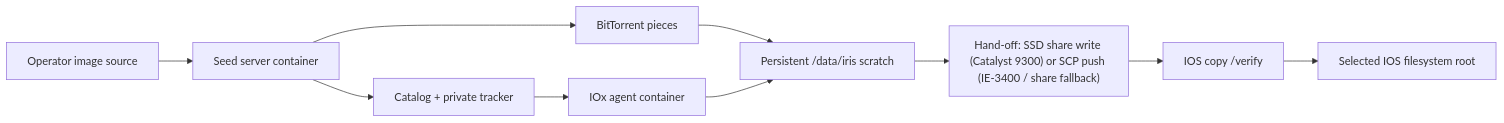
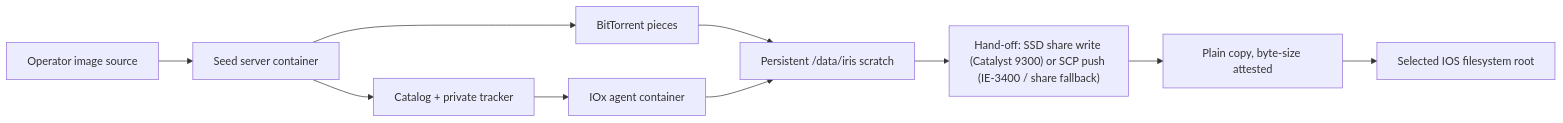
One commit to cisco-open/intelligent-release-image-staging changed the diagram in docs/zensical/containers.md. Above: the diagram before and after it, drawn with Mermaid. The commit also changed other lines of this file and 7 other files, not shown here.

````diff
--- a/docs/zensical/containers.md
+++ b/docs/zensical/containers.md
@@ -21,12 +21,12 @@
 ```mermaid
 flowchart LR
     Operator["Operator image source"] --> Seed["Seed server container"]
     Seed --> Catalog["Catalog + private tracker"]
     Seed --> Swarm["BitTorrent pieces"]
     Catalog --> Agent["IOx agent container"]
     Swarm --> Scratch["Persistent /data/iris scratch"]
     Agent --> Scratch
     Scratch --> Hand["Hand-off: SSD share write (Catalyst 9300) or SCP push (IE-3400 / share fallback)"]
-    Hand --> Verify["IOS copy /verify"]
+    Hand --> Verify["Plain copy, byte-size attested"]
     Verify --> Target["Selected IOS filesystem root"]
 ```
````
